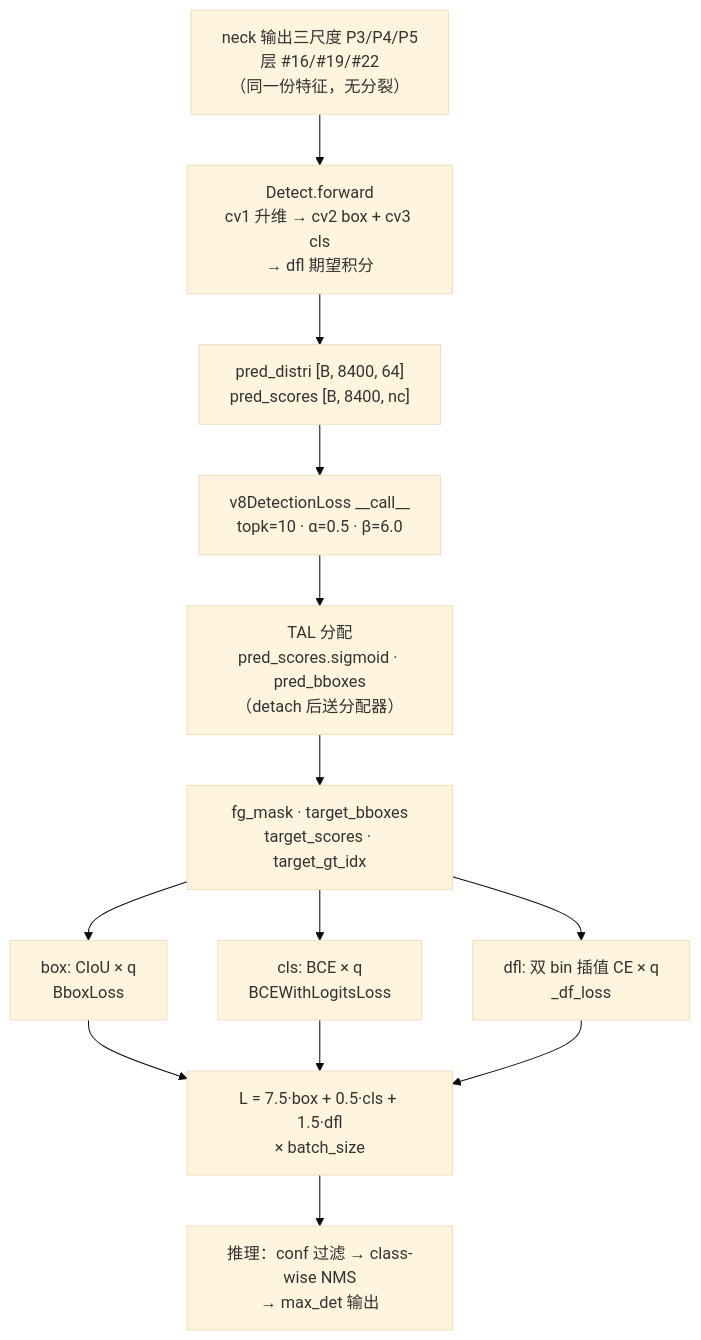
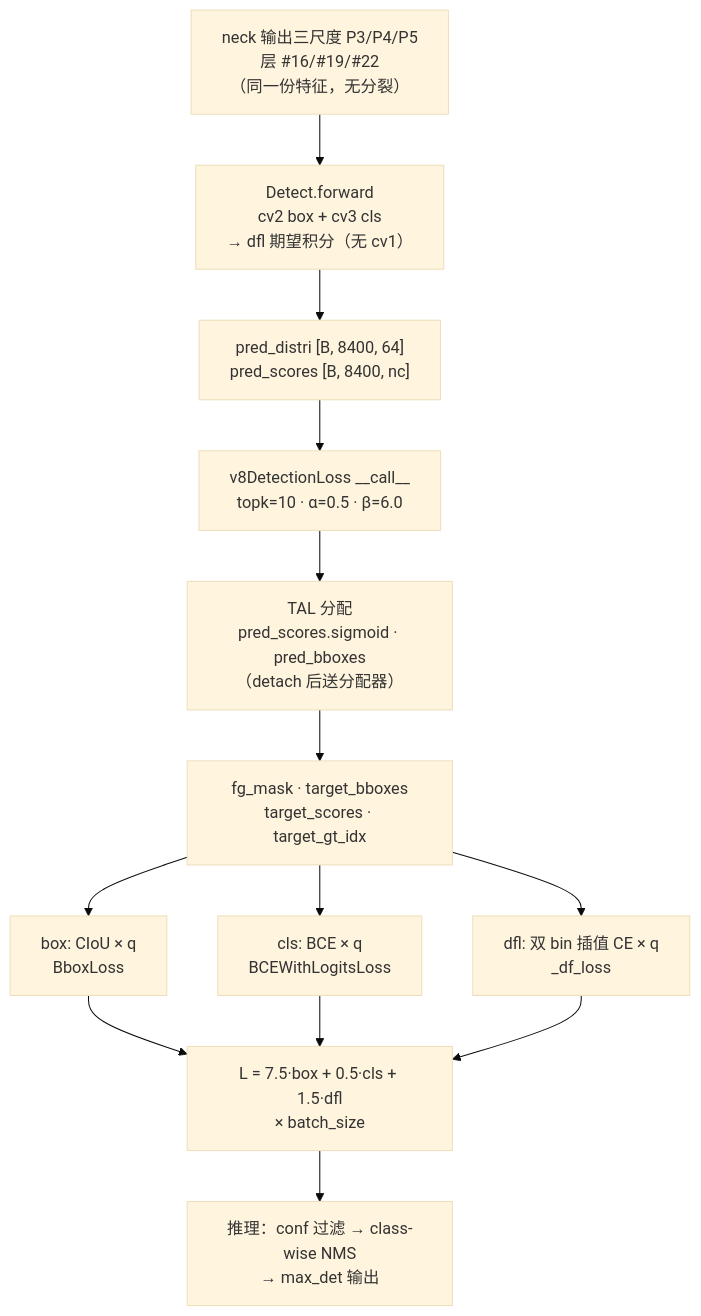
Before and after one commit to yejinlei/agent-yolo: the diagram in docs/versions/v11/losses.md, drawn with Mermaid (base theme). The commit also changed other lines of this file and 32 other files, not shown here.

````diff
--- a/docs/versions/v11/losses.md
+++ b/docs/versions/v11/losses.md
@@ -17,16 +17,16 @@
 ```mermaid
 flowchart TB
     %% v11 损失全景
-    X["neck 输出三尺度 P3/P4/P5<br/>层 #16/#19/#22<br/>（同一份特征，无分裂）"] --> H["Detect.forward<br/>cv1 升维 → cv2 box + cv3 cls<br/>→ dfl 期望积分"]
+    X["neck 输出三尺度 P3/P4/P5<br/>层 #16/#19/#22<br/>（同一份特征，无分裂）"] --> H["Detect.forward<br/>cv2 box + cv3 cls<br/>→ dfl 期望积分（无 cv1）"]
     H --> P["pred_distri [B, 8400, 64]<br/>pred_scores [B, 8400, nc]"]
     P --> L["v8DetectionLoss __call__<br/>topk=10 · α=0.5 · β=6.0"]
     L --> TAL["TAL 分配<br/>pred_scores.sigmoid · pred_bboxes<br/>（detach 后送分配器）"]
     TAL --> FG["fg_mask · target_bboxes<br/>target_scores · target_gt_idx"]
     FG --> BOX["box: CIoU × q<br/>BboxLoss"]
     FG --> CLS["cls: BCE × q<br/>BCEWithLogitsLoss"]
     FG --> DFL["dfl: 双 bin 插值 CE × q<br/>_df_loss"]
     BOX --> TOTAL["L = 7.5·box + 0.5·cls + 1.5·dfl<br/>× batch_size"]
     CLS --> TOTAL
     DFL --> TOTAL
     TOTAL --> INF["推理：conf 过滤 → class-wise NMS<br/>→ max_det 输出"]
 ```
````
